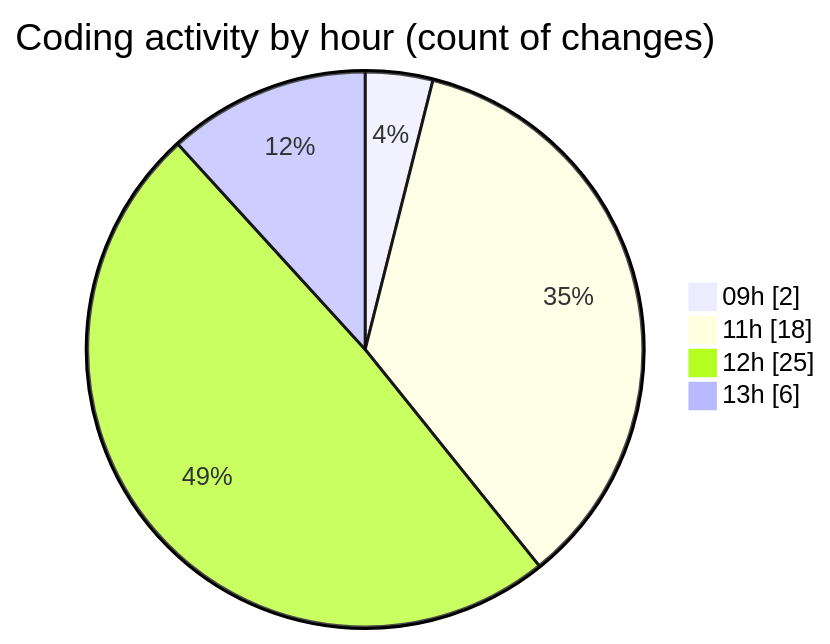
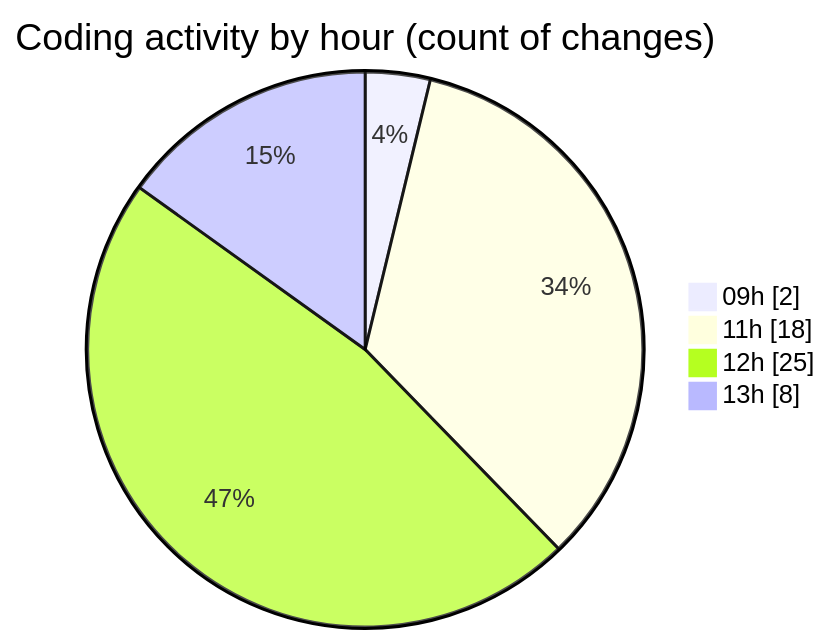
One commit to momahboobian/code-tracking changed the second of 2 diagrams in 2025-06-30/cda/README.md. Above: the diagram before and after it, drawn with Mermaid. The commit also changed other lines of this file and 1 other file, not shown here.

````diff
--- a/2025-06-30/cda/README.md
+++ b/2025-06-30/cda/README.md
@@ -48,8 +48,8 @@
 ```mermaid
 pie showData
 title Coding activity by hour (count of changes)
 "09h" : 2
 "11h" : 18
 "12h" : 25
-"13h" : 6
+"13h" : 8
 ```
````
